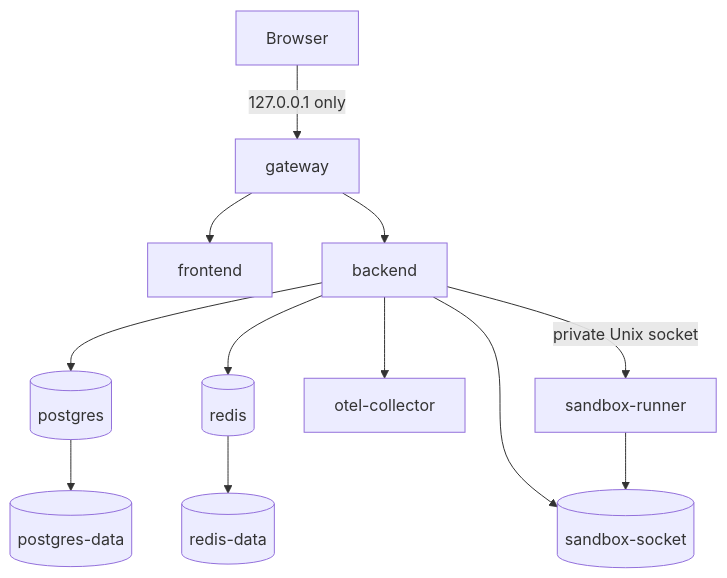
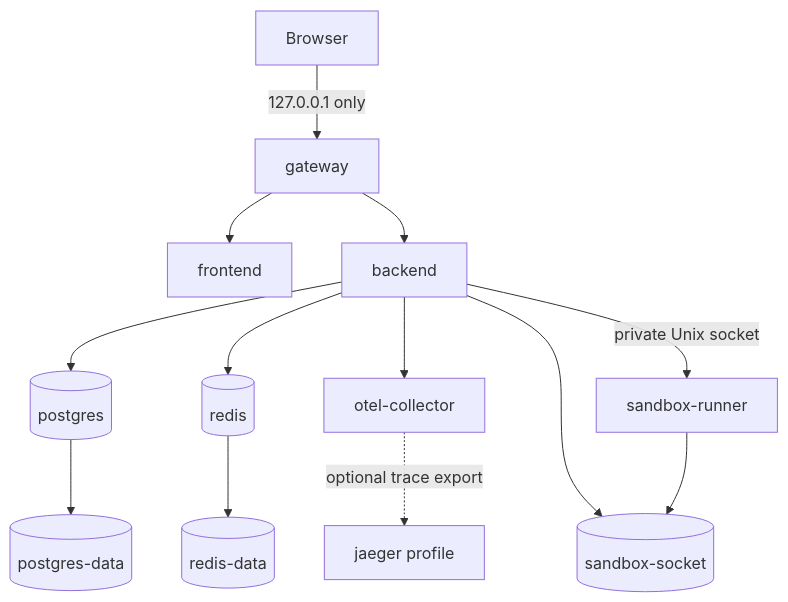
One commit to levalencia/archon changed the second of 2 diagrams in docs/CI-PIPELINES-AND-LOCAL-RUN.md. Above: the diagram before and after it, drawn with Mermaid. The commit also changed other lines of this file and 56 other files, not shown here.

````diff
--- a/docs/CI-PIPELINES-AND-LOCAL-RUN.md
+++ b/docs/CI-PIPELINES-AND-LOCAL-RUN.md
@@ -330,16 +331,17 @@
 ```mermaid
 flowchart TB
     Browser -->|127.0.0.1 only| Gateway[gateway]
     Gateway --> Frontend[frontend]
     Gateway --> Backend[backend]
 
     Backend --> Postgres[(postgres)]
     Backend --> Redis[(redis)]
     Backend --> OTEL[otel-collector]
     Backend -->|private Unix socket| Sandbox[sandbox-runner]
+    OTEL -. optional trace export .-> Jaeger[jaeger profile]
 
     Postgres --> PGVolume[(postgres-data)]
     Redis --> RedisVolume[(redis-data)]
     Backend --> SocketVolume[(sandbox-socket)]
     Sandbox --> SocketVolume
 ```
````
